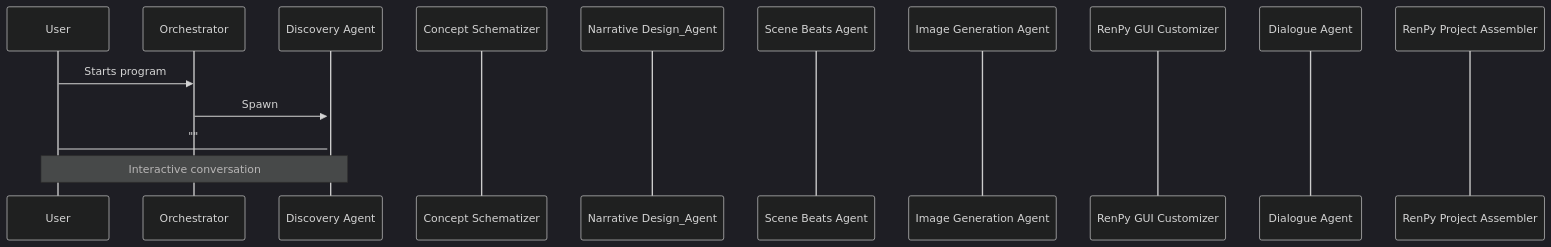
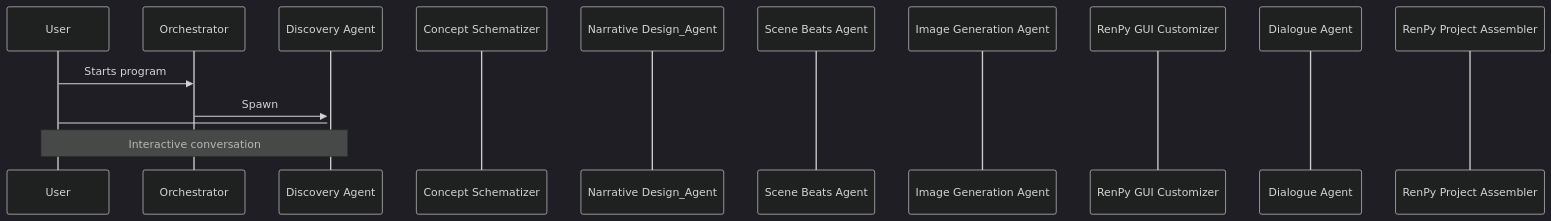
One commit to danglenzig/KARLA_PROD changed the diagram in README.md. Above: the diagram before and after it, drawn with Mermaid (dark theme).

````diff
--- a/README.md
+++ b/README.md
@@ -108,19 +108,19 @@
 ```mermaid
 sequenceDiagram
     participant USER as User
     participant ORCH as Orchestrator
     participant DISC as Discovery Agent
     participant CONC as Concept Schematizer
     participant NARR as Narrative Design_Agent
     participant BEAT as Scene Beats Agent
     participant ARTS as Image Generation Agent
     participant COLO as RenPy GUI Customizer
     participant DIAL as Dialogue Agent
     participant RNPY as RenPy Project Assembler
 
     USER->>ORCH: Starts program
     activate DISC
     ORCH->>DISC: Spawn
-    DISC->USER: ""
+    DISC->USER:
     Note over DISC,USER: Interactive conversation
 ```
````
